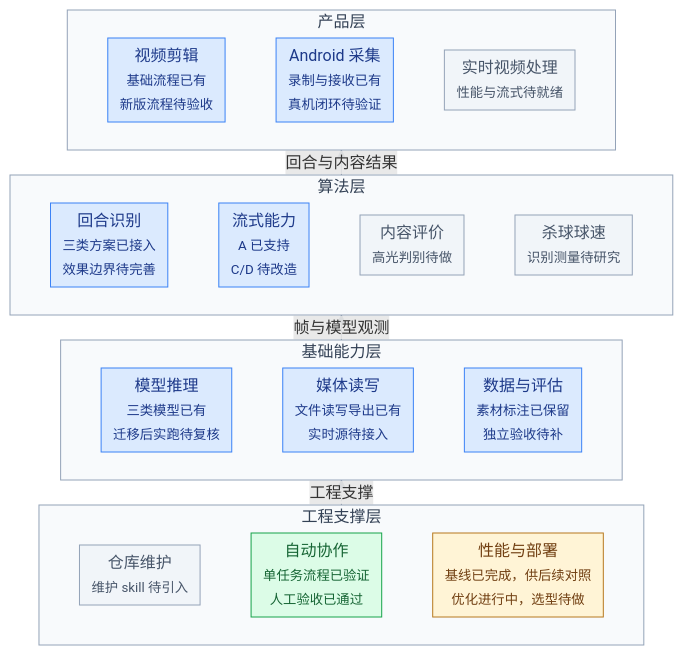
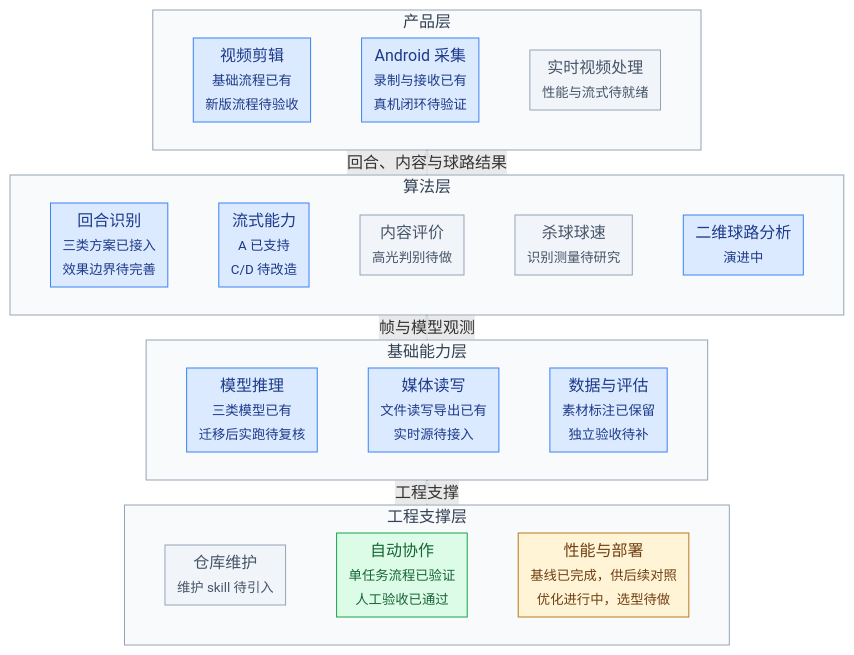
One commit to benb365/smash-suite changed the first of 2 diagrams in docs/plan/roadmap.md. Above: the diagram before and after it, drawn with Mermaid. The commit also changed other lines of this file and 56 other files, not shown here.

````diff
--- a/docs/plan/roadmap.md
+++ b/docs/plan/roadmap.md
@@ -16,66 +16,68 @@
 ```mermaid
 %%{init: {"flowchart": {"useMaxWidth": true, "nodeSpacing": 10, "rankSpacing": 1, "padding": 6, "diagramPadding": 8}}}%%
 flowchart BT
   subgraph products["产品层"]
     subgraph productRow[" "]
     direction LR
     clip["视频剪辑<br/><small>基础流程已有<br/>新版流程待验收</small>"]
     capture["Android 采集<br/><small>录制与接收已有<br/>真机闭环待验证</small>"]
     live["实时视频处理<br/><small>性能与流式待就绪</small>"]
     clip ~~~ capture ~~~ live
     end
   end
 
   subgraph algorithms["算法层"]
     subgraph algorithmRow[" "]
     direction LR
     rally["回合识别<br/><small>三类方案已接入<br/>效果边界待完善</small>"]
     stream["流式能力<br/><small>A 已支持<br/>C/D 待改造</small>"]
     content["内容评价<br/><small>高光判别待做</small>"]
     speed["杀球球速<br/><small>识别测量待研究</small>"]
-    rally ~~~ stream ~~~ content ~~~ speed
+    trajectory["二维球路分析<br/><small>演进中</small>"]
+    rally ~~~ stream ~~~ content ~~~ speed ~~~ trajectory
     end
   end
 
   subgraph foundation["基础能力层"]
     subgraph foundationRow[" "]
     direction LR
     models["模型推理<br/><small>三类模型已有<br/>迁移后实跑待复核</small>"]
     media["媒体读写<br/><small>文件读写导出已有<br/>实时源待接入</small>"]
     data["数据与评估<br/><small>素材标注已保留<br/>独立验收待补</small>"]
     models ~~~ media ~~~ data
     end
   end
 
   subgraph engineering["工程支撑层"]
     subgraph engineeringRow[" "]
     direction LR
     maintenance["仓库维护<br/><small>维护 skill 待引入</small>"]
     workflow["自动协作<br/><small>单任务流程已验证<br/>人工验收已通过</small>"]
     performance["性能与部署<br/><small>基线已完成，供后续对照<br/>优化进行中，选型待做</small>"]
     maintenance ~~~ workflow ~~~ performance
     end
   end
 
   engineering -. 工程支撑 .-> foundation
   foundation -->|帧与模型观测| algorithms
-  algorithms -->|回合与内容结果| products
+  algorithms -->|回合、内容与球路结果| products
 
   classDef complete fill:#dcfce7,stroke:#16a34a,color:#166534
   classDef partial fill:#dbeafe,stroke:#3b82f6,color:#1e3a8a
   classDef pending fill:#f1f5f9,stroke:#94a3b8,color:#475569
   classDef active fill:#fff4d6,stroke:#b7791f,color:#713f12
   class clip,capture,rally,stream,models,media,data partial
   class live,content,speed,maintenance pending
   class workflow complete
   class performance active
+  class trajectory partial
   style products fill:#f8fafc,stroke:#94a3b8,color:#334155
   style algorithms fill:#f8fafc,stroke:#94a3b8,color:#334155
   style foundation fill:#f8fafc,stroke:#94a3b8,color:#334155
   style engineering fill:#f8fafc,stroke:#94a3b8,color:#334155
   style productRow fill:transparent,stroke:transparent
   style algorithmRow fill:transparent,stroke:transparent
   style foundationRow fill:transparent,stroke:transparent
   style engineeringRow fill:transparent,stroke:transparent
   linkStyle default stroke:#64748b
 ```
````
